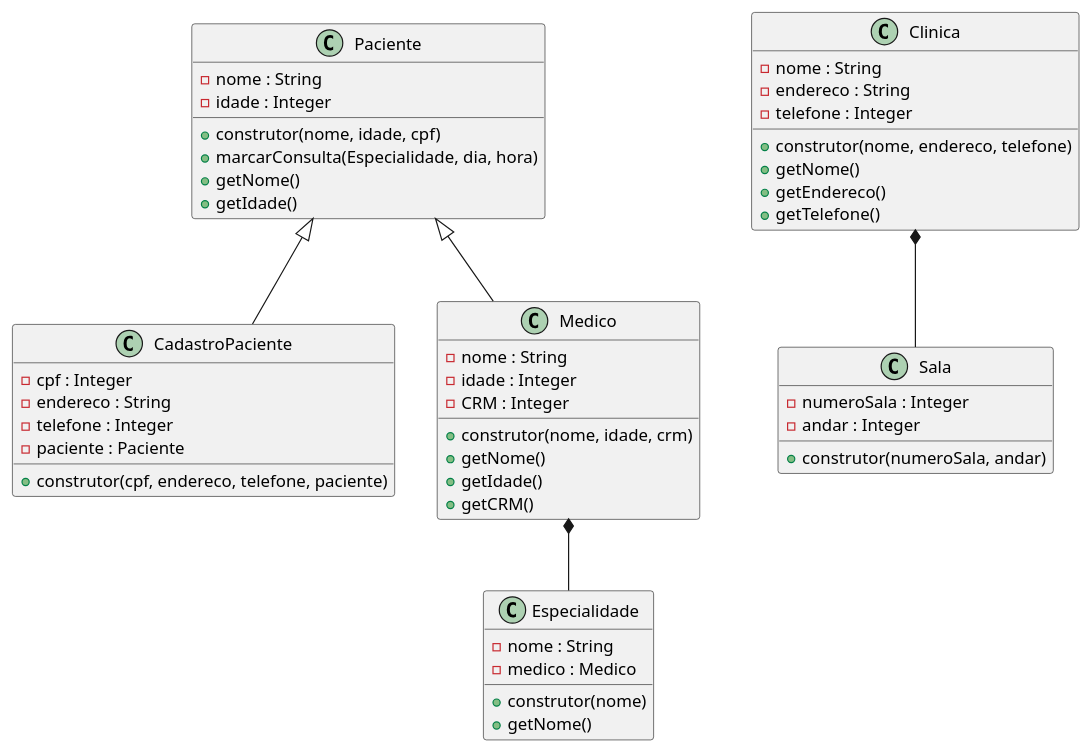
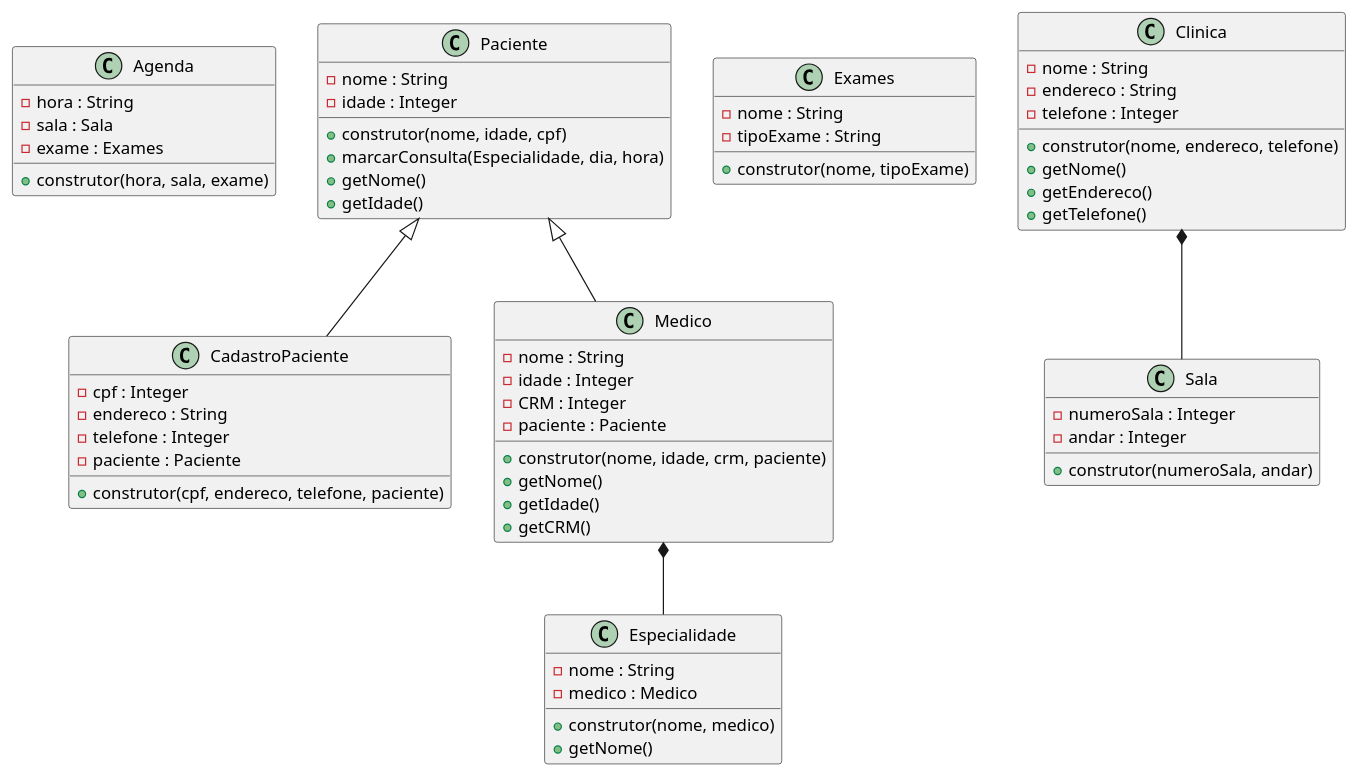
Before and after one commit to anleaes/2022-1-N2-POO-03: the diagram in diagrama.plantuml, drawn with PlantUML.

Commit message:
criado classe agenda com atributos hora, sala, exame

```diff
--- a/diagrama.plantuml
+++ b/diagrama.plantuml
@@ -1,59 +1,73 @@
 @startuml Gerenciamento de Exames Medicos
+
+    class Agenda{
+        - hora : String
+        - sala : Sala
+        - exame : Exames
+        + construtor(hora, sala, exame)
+    }
 
     class Paciente{
         - nome : String
         - idade : Integer
         + construtor(nome, idade, cpf)
         + marcarConsulta(Especialidade, dia, hora)
         + getNome()
         + getIdade()
     }
 
     class CadastroPaciente{
         - cpf : Integer
         - endereco : String
         - telefone : Integer
         - paciente : Paciente
         + construtor(cpf, endereco, telefone, paciente)
     }
 
     class Medico{
         - nome : String
         - idade : Integer
         - CRM : Integer
-        + construtor(nome, idade, crm)
+        - paciente : Paciente
+        + construtor(nome, idade, crm, paciente)
         + getNome()
         + getIdade()
         + getCRM()
     }
 
+    class Exames{
+        - nome : String
+        - tipoExame : String
+        + construtor(nome, tipoExame)
+    }
+
     class Especialidade{
         - nome : String
         - medico : Medico
-        + construtor(nome)
+        + construtor(nome, medico)
         + getNome()
     }
 
     class Clinica{
         - nome : String
         - endereco : String
         - telefone : Integer
         + construtor(nome, endereco, telefone)
         + getNome()
         + getEndereco()
         + getTelefone()
     }
 
     class Sala{
         - numeroSala : Integer
         - andar : Integer
         + construtor(numeroSala, andar)
     }
 
     Paciente <|-- CadastroPaciente
     Paciente <|-- Medico
     Medico *-- Especialidade
 
     Clinica *-- Sala
 
 @enduml
```
